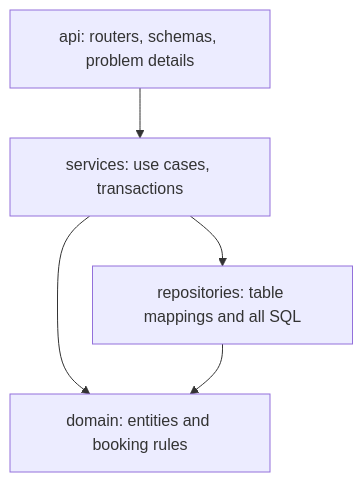
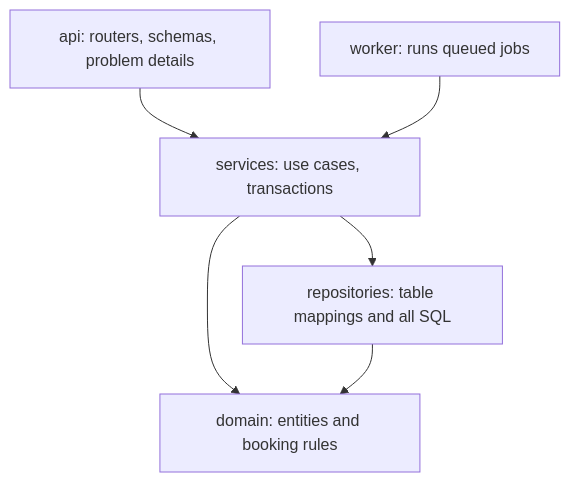
Before and after one commit to remoshan/holdfast-booking-platform: the second of 2 diagrams in README.md, drawn with Mermaid. The commit also changed other lines of this file, not shown here.

````diff
--- a/README.md
+++ b/README.md
@@ -244,7 +291,8 @@
 ```mermaid
 flowchart TD
     api["api: routers, schemas, problem details"] --> services["services: use cases, transactions"]
+    worker["worker: runs queued jobs"] --> services
     services --> repositories["repositories: table mappings and all SQL"]
     services --> domain["domain: entities and booking rules"]
     repositories --> domain
 ```
````
